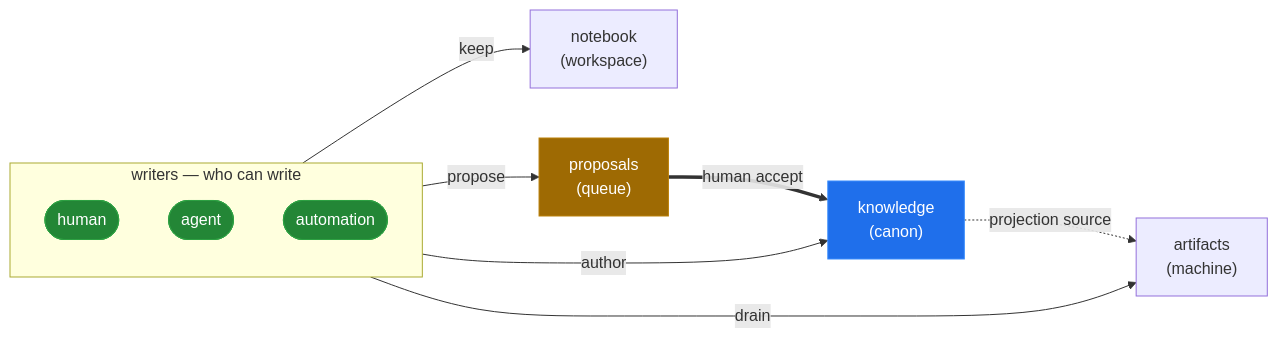
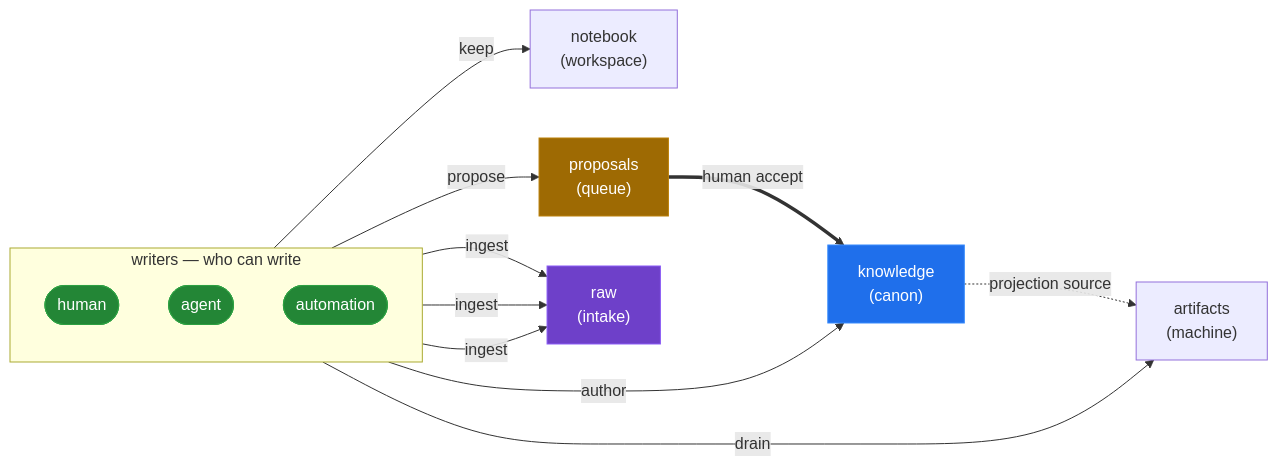
The diagram in README.md (patrick204nqh/textus), drawn with Mermaid before and after one commit. The commit also changed other lines of this file and 63 other files, not shown here.

First line of the commit message:
feat: workflow rename, feeds pipeline, raw/ingest docs, SPEC v4, docs audit (#224)

````diff
--- a/README.md
+++ b/README.md
@@ -29,24 +29,29 @@
 ```mermaid
 flowchart LR
     subgraph writers["writers — who can write"]
         direction TB
         human(["human"])
         agent(["agent"])
         automation(["automation"])
     end
 
     human -->|author| knowledge["knowledge<br/>(canon)"]
     agent -->|keep| notebook["notebook<br/>(workspace)"]
     agent -->|propose| proposals["proposals<br/>(queue)"]
     automation -->|drain| artifacts["artifacts<br/>(machine)"]
+    human -->|ingest| raw["raw<br/>(intake)"]
+    agent -->|ingest| raw
+    automation -->|ingest| raw
 
     proposals ==>|human accept| knowledge
     knowledge -.->|projection source| artifacts
 
     classDef actor fill:#238636,stroke:#2ea043,color:#fff;
     classDef gate fill:#9e6a03,stroke:#bb8009,color:#fff;
     classDef anchor fill:#1f6feb,stroke:#388bfd,color:#fff;
+    classDef intake fill:#6e40c9,stroke:#8b5cf6,color:#fff;
     class human,agent,automation actor;
     class proposals gate;
     class knowledge anchor;
+    class raw intake;
 ```
````
